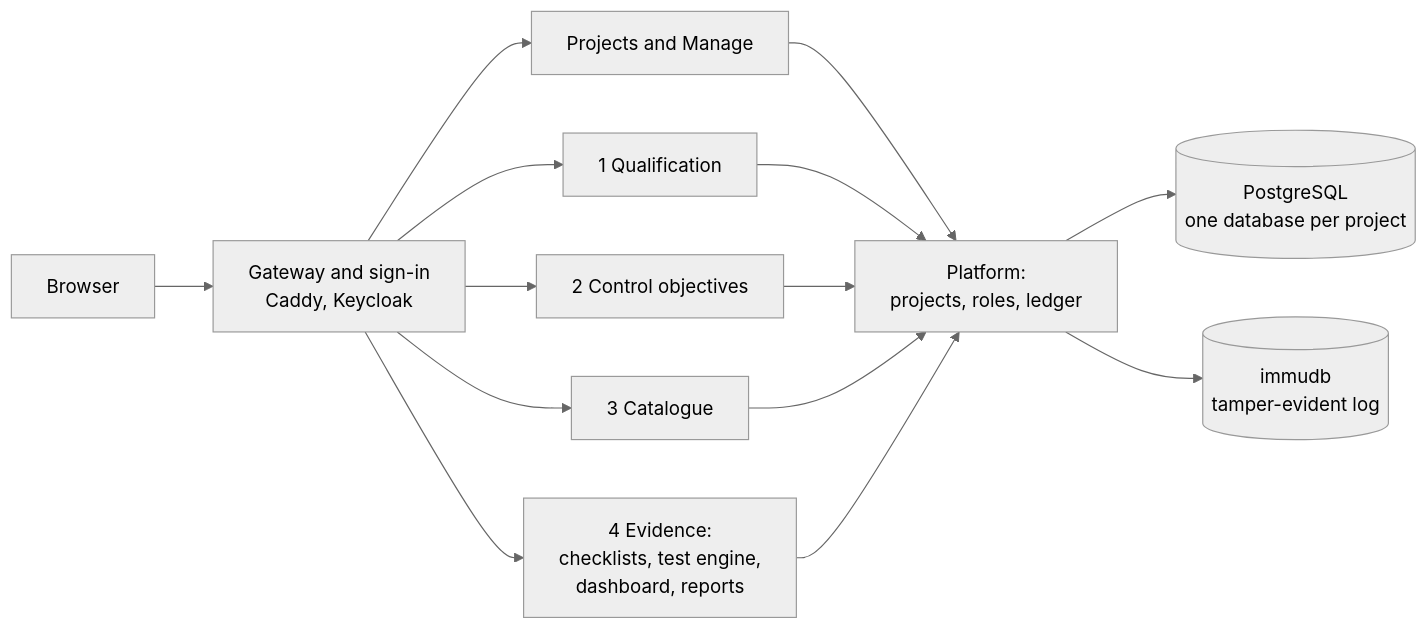
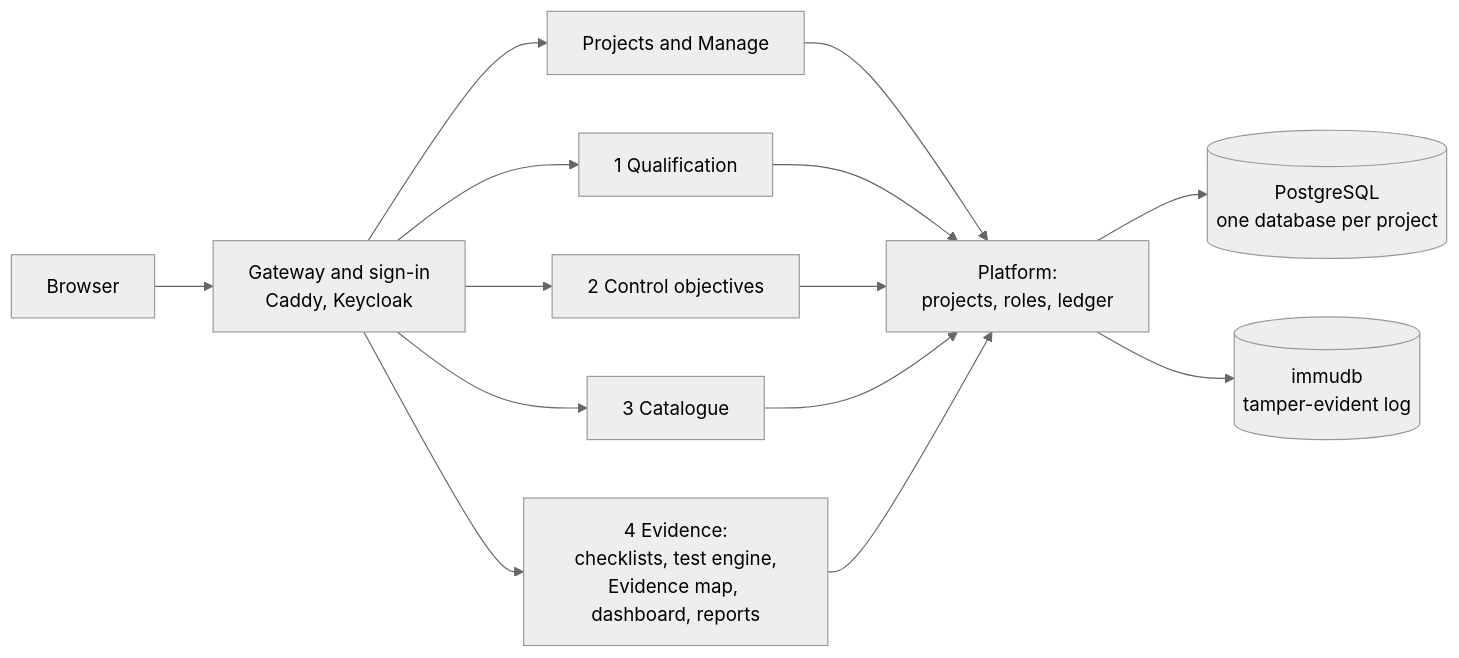
The diagram in README.md (lux-ai-factory/aisc), drawn with Mermaid (neutral theme) before and after one commit. The commit also changed other lines of this file and 19 other files, not shown here.

````diff
--- a/README.md
+++ b/README.md
@@ -201,12 +205,12 @@
 ```mermaid
 flowchart LR
     B[Browser] --> G[Gateway and sign-in<br/>Caddy, Keycloak]
     G --> L[Projects and Manage]
     G --> Q[1 Qualification]
     G --> CO[2 Control objectives]
     G --> C[3 Catalogue]
-    G --> E[4 Evidence:<br/>checklists, test engine,<br/>dashboard, reports]
+    G --> E[4 Evidence:<br/>checklists, test engine,<br/>Evidence map, dashboard, reports]
     L & Q & CO & C & E --> P[Platform:<br/>projects, roles, ledger]
     P --> D[(PostgreSQL<br/>one database per project)]
     P --> I[(immudb<br/>tamper-evident log)]
 ```
````
